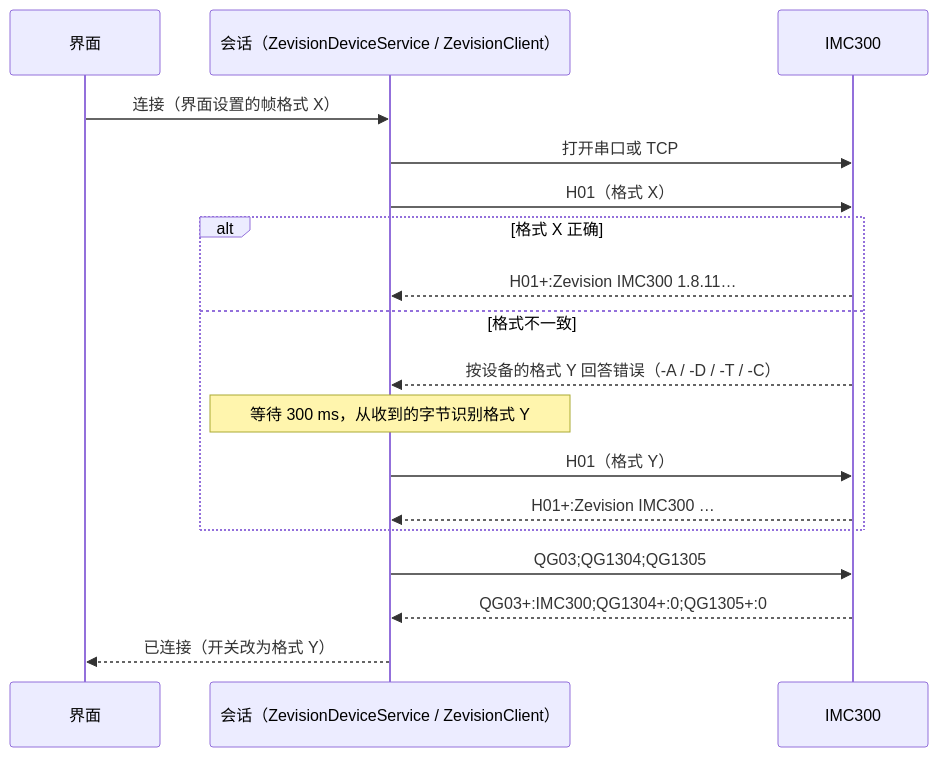
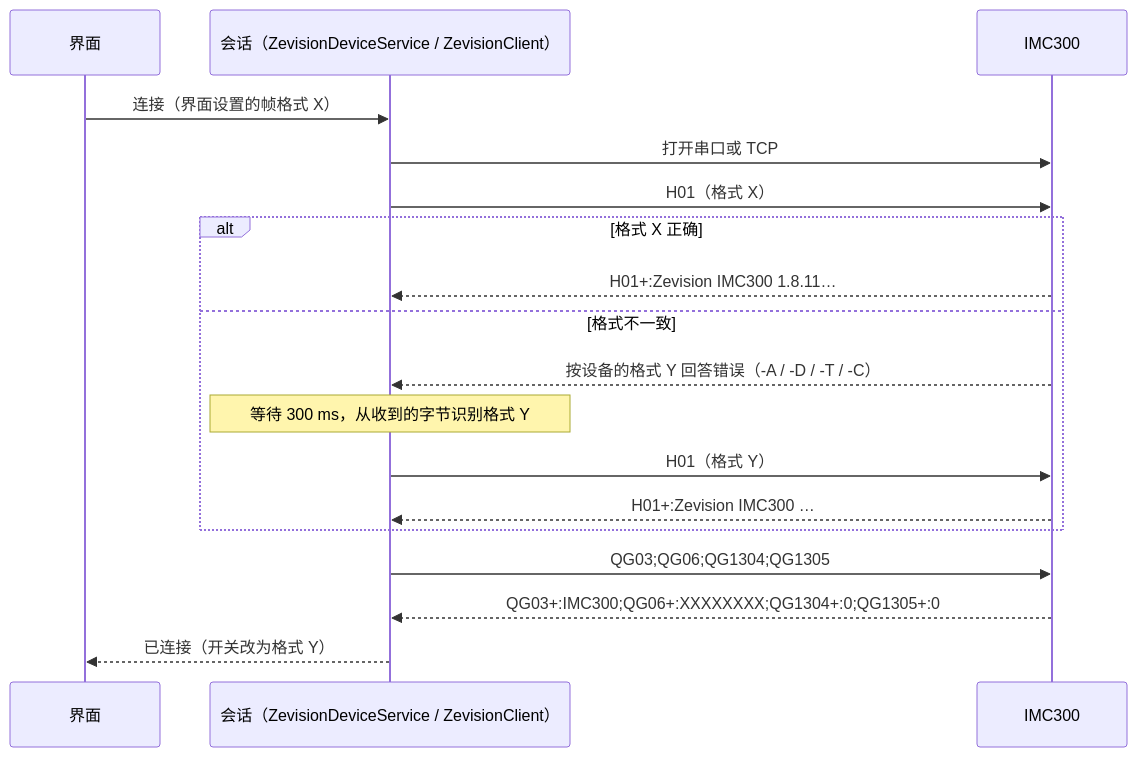
Before and after one commit to xmartinly/zevision_comm: the second of 6 diagrams in docs/协议规格书.md, drawn with Mermaid. The commit also changed other lines of this file and 27 other files, not shown here.

````diff
--- a/docs/协议规格书.md
+++ b/docs/协议规格书.md
@@ -316,20 +316,20 @@
 ```mermaid
 sequenceDiagram
     participant U as 界面
     participant S as 会话（ZevisionDeviceService / ZevisionClient）
     participant D as IMC300
     U->>S: 连接（界面设置的帧格式 X）
     S->>D: 打开串口或 TCP
     S->>D: H01（格式 X）
     alt 格式 X 正确
         D-->>S: H01+:Zevision IMC300 1.8.11…
     else 格式不一致
         D-->>S: 按设备的格式 Y 回答错误（-A / -D / -T / -C）
         Note over S: 等待 300 ms，从收到的字节识别格式 Y
         S->>D: H01（格式 Y）
         D-->>S: H01+:Zevision IMC300 …
     end
-    S->>D: QG03#59;QG1304#59;QG1305
-    D-->>S: QG03+:IMC300#59;QG1304+:0#59;QG1305+:0
+    S->>D: QG03#59;QG06#59;QG1304#59;QG1305
+    D-->>S: QG03+:IMC300#59;QG06+:XXXXXXXX#59;QG1304+:0#59;QG1305+:0
     S-->>U: 已连接（开关改为格式 Y）
 ```
````
